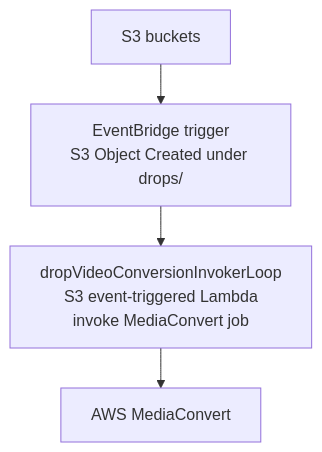
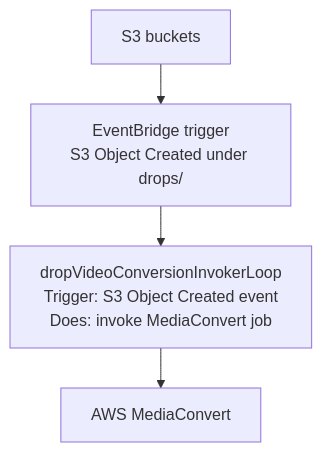
One commit to 6529-Collections/6529seize-backend changed diagram 12 of 16 in docs/architecture.md. Above: the diagram before and after it, drawn with Mermaid. The commit also changed other lines of this file, not shown here.

````diff
--- a/docs/architecture.md
+++ b/docs/architecture.md
@@ -192,7 +192,7 @@
 ```mermaid
 %%{init: {"flowchart": {"nodeSpacing": 24, "rankSpacing": 40, "curve": "basis"}} }%%
 flowchart TD
   S3["S3 buckets"] --> DropsVideoCreatedRule["EventBridge trigger<br/>S3 Object Created under drops/"]
-  DropsVideoCreatedRule --> DropVideoConversionInvokerLoop["dropVideoConversionInvokerLoop<br/>S3 event-triggered Lambda<br/>invoke MediaConvert job"]
+  DropsVideoCreatedRule --> DropVideoConversionInvokerLoop["dropVideoConversionInvokerLoop<br/>Trigger: S3 Object Created event<br/>Does: invoke MediaConvert job"]
   DropVideoConversionInvokerLoop --> MediaConvert["AWS MediaConvert"]
 ```
````
